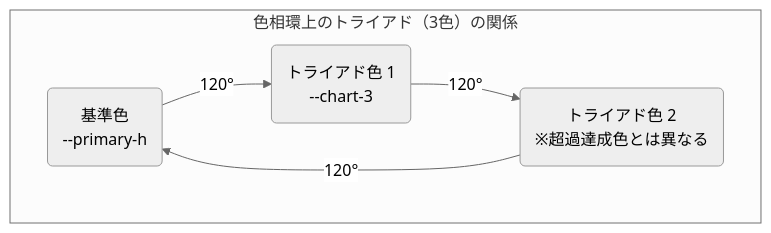
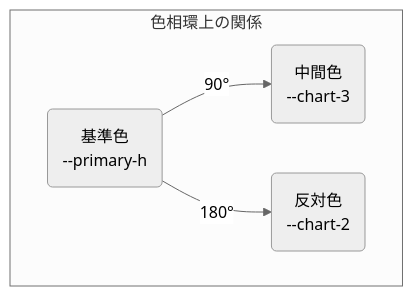
The diagram in docs/color_calculation_logic.md (sy-YN/Admin_Philos), drawn with Mermaid (neutral theme) before and after one commit. The commit also changed other lines of this file and 1 other file, not shown here.

````diff
--- a/docs/color_calculation_logic.md
+++ b/docs/color_calculation_logic.md
@@ -77,8 +76,7 @@
 ```mermaid
 graph TD
-    subgraph "色相環上のトライアド（3色）の関係"
-        A(基準色<br>--primary-h) -- 120° --> B(トライアド色 1<br>--chart-3);
-        B -- 120° --> C(トライアド色 2<br>※超過達成色とは異なる);
-        C -- 120° --> A;
+    subgraph "色相環上の関係"
+        A(基準色<br>--primary-h) -- 90° --> B(中間色<br>--chart-3);
+        A -- 180° --> C(反対色<br>--chart-2);
     end
 ```
````
